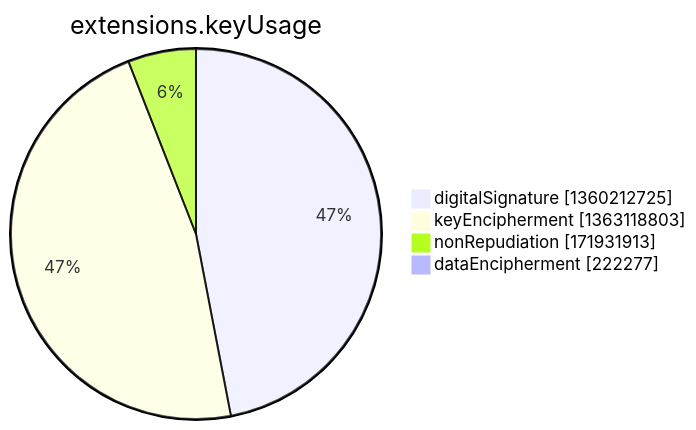
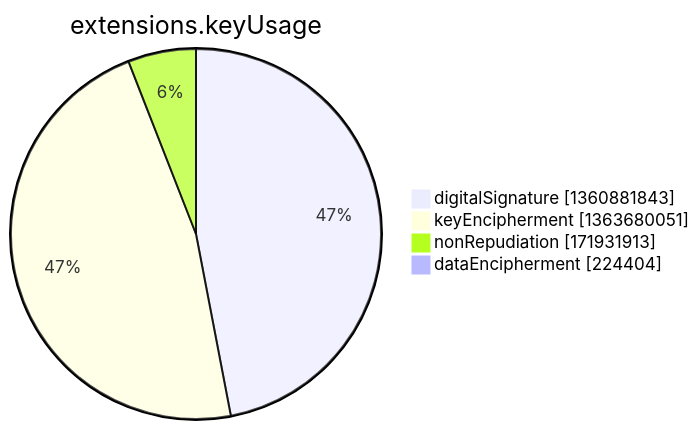
Before and after one commit to christiankrug/ctmonitor_visualization: the seventh of 15 diagrams in argon2022/README.md, drawn with Mermaid. The commit also changed other lines of this file, not shown here.

````diff
--- a/argon2022/README.md
+++ b/argon2022/README.md
@@ -2750,8 +2750,8 @@
 ```mermaid
 pie showData
 title extensions.keyUsage
-"digitalSignature" :1360212725
-"keyEncipherment" :1363118803
+"digitalSignature" :1360881843
+"keyEncipherment" :1363680051
 "nonRepudiation" :171931913
-"dataEncipherment" :222277
+"dataEncipherment" :224404
 ```
````
